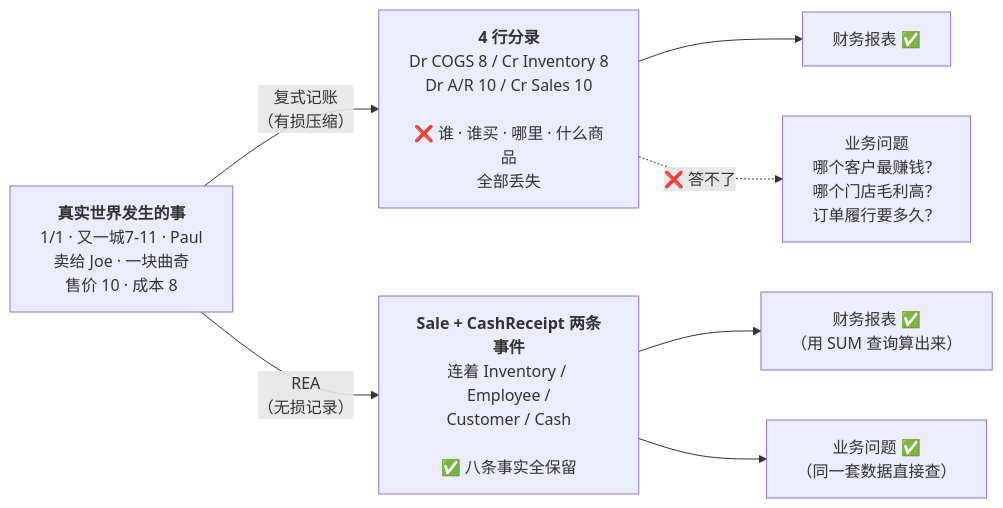
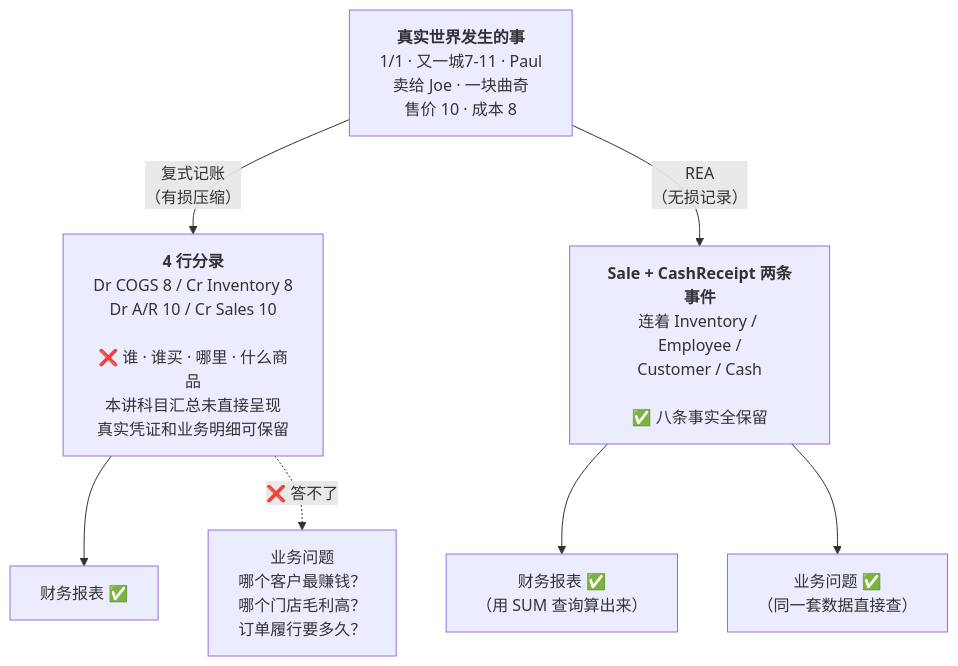
One commit to CercaTrovato/cityu-ai-course-notes changed the eighth of 9 diagrams in AC6761_Artificial_Intelligence_Accounting/notes/M04-REA会计模型.md. Above: the diagram before and after it, drawn with Mermaid. The commit also changed other lines of this file and 116 other files, not shown here.

````diff
--- a/AC6761_Artificial_Intelligence_Accounting/notes/M04-REA会计模型.md
+++ b/AC6761_Artificial_Intelligence_Accounting/notes/M04-REA会计模型.md
@@ -3345,12 +3376,12 @@
 ```mermaid
-flowchart LR
+flowchart TD
     W["<b>真实世界发生的事</b><br/>1/1 · 又一城7-11 · Paul<br/>卖给 Joe · 一块曲奇<br/>售价 10 · 成本 8"]
 
-    W -->|"复式记账<br/>（有损压缩）"| DE["<b>4 行分录</b><br/>Dr COGS 8 / Cr Inventory 8<br/>Dr A/R 10 / Cr Sales 10<br/><br/>❌ 谁 · 谁买 · 哪里 · 什么商品<br/>全部丢失"]
+    W -->|"复式记账<br/>（有损压缩）"| DE["<b>4 行分录</b><br/>Dr COGS 8 / Cr Inventory 8<br/>Dr A/R 10 / Cr Sales 10<br/><br/>❌ 谁 · 谁买 · 哪里 · 什么商品<br/>本讲科目汇总未直接呈现<br/>真实凭证和业务明细可保留"]
     W -->|"REA<br/>（无损记录）"| REA["<b>Sale + CashReceipt 两条事件</b><br/>连着 Inventory / Employee /<br/>Customer / Cash<br/><br/>✅ 八条事实全保留"]
 
     DE --> FS1["财务报表 ✅"]
     DE -.->|"❌ 答不了"| BQ["业务问题<br/>哪个客户最赚钱？<br/>哪个门店毛利高？<br/>订单履行要多久？"]
     REA --> FS2["财务报表 ✅<br/>（用 SUM 查询算出来）"]
     REA --> BQ2["业务问题 ✅<br/>（同一套数据直接查）"]
 ```
````
